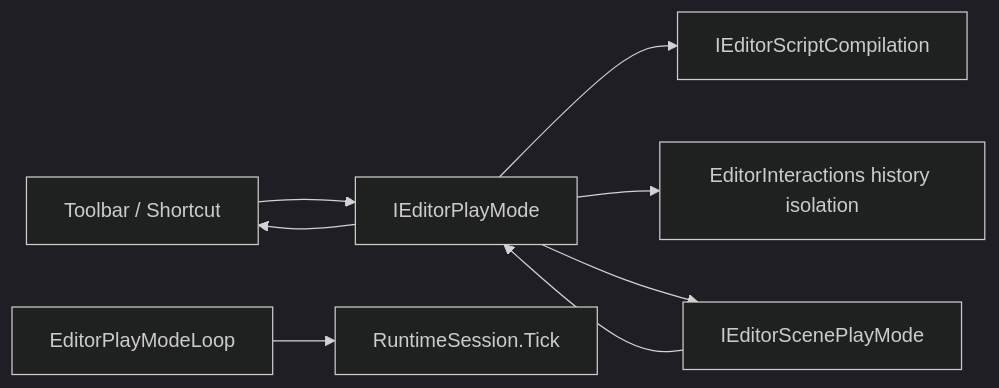
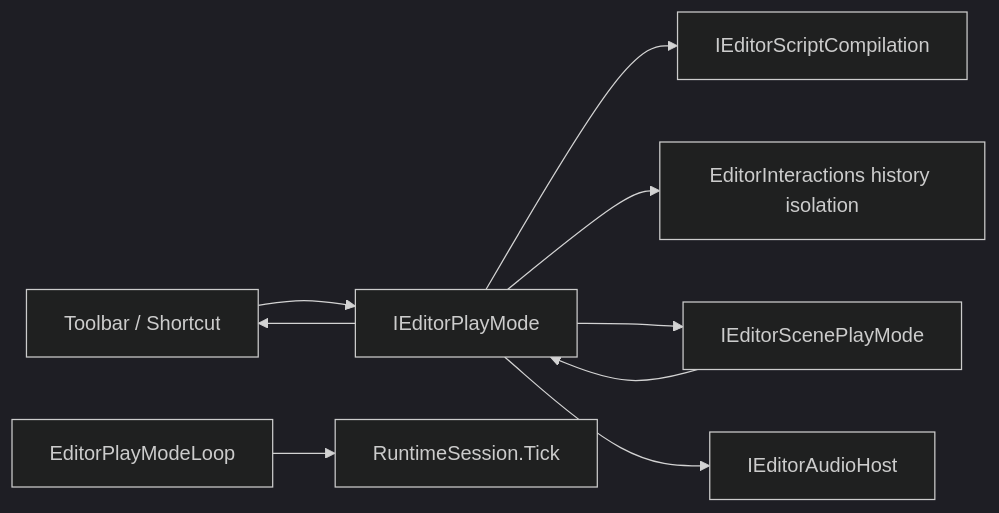
One commit to FLwolfy/InnoEngine changed the diagram in docs/editor/Inno.Editor.PlayMode.md. Above: the diagram before and after it, drawn with Mermaid (dark theme). The commit also changed other lines of this file and 92 other files, not shown here.

````diff
--- a/docs/editor/Inno.Editor.PlayMode.md
+++ b/docs/editor/Inno.Editor.PlayMode.md
@@ -9,10 +9,11 @@
 ```mermaid
 flowchart LR
     UI["Toolbar / Shortcut"] --> API["IEditorPlayMode"]
     API --> Scripts["IEditorScriptCompilation"]
     API --> History["EditorInteractions history isolation"]
     API --> Scenes["IEditorScenePlayMode"]
     Host["EditorPlayModeLoop"] --> Runtime["RuntimeSession.Tick"]
+    API --> Audio["IEditorAudioHost"]
     Scenes --> API
     API --> UI
 ```
````
